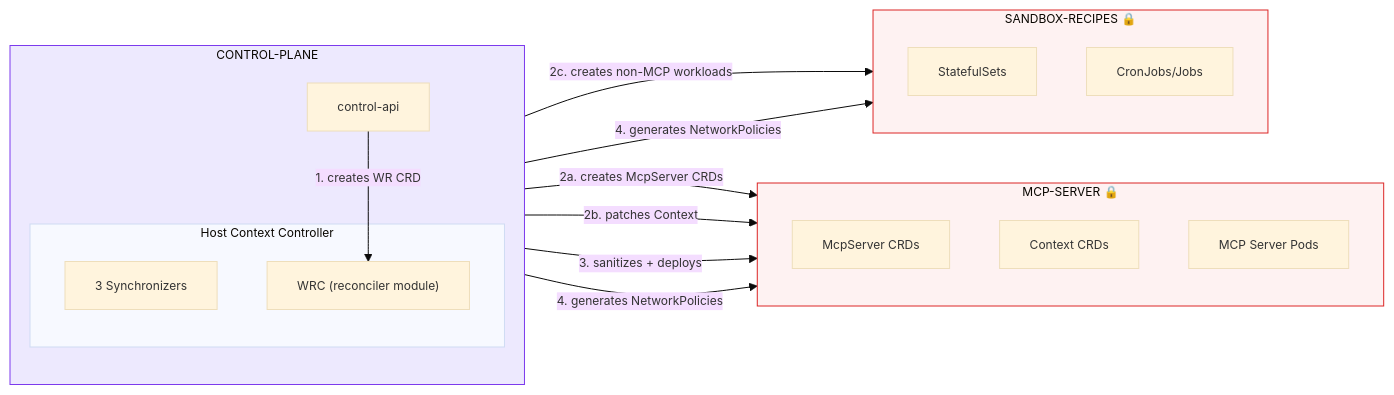
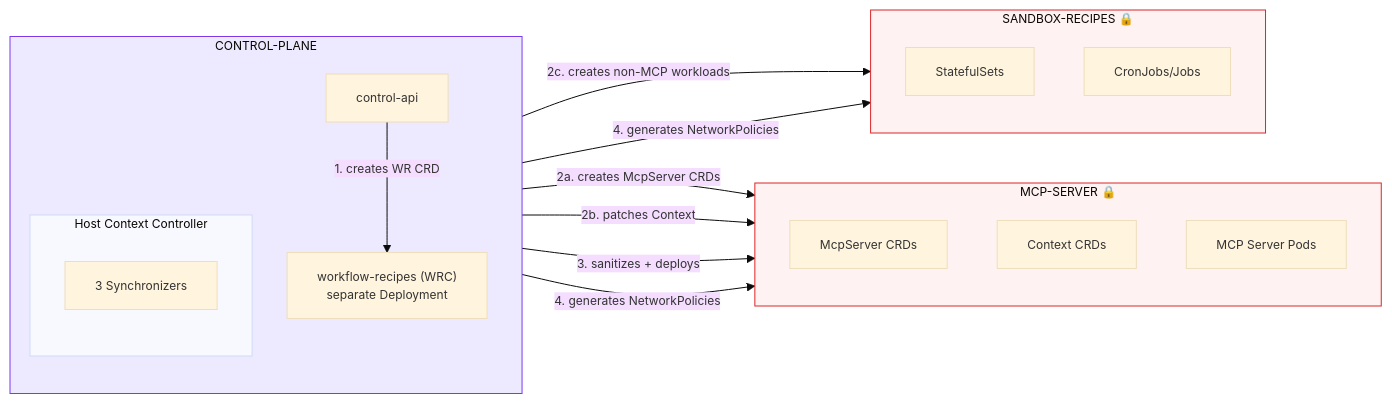
The third of 11 diagrams in docs/architecture/platform-topology.md (evenfire-ai/evenfire), drawn with Mermaid before and after one commit. The commit also changed other lines of this file and 20 other files, not shown here.

````diff
--- a/docs/architecture/platform-topology.md
+++ b/docs/architecture/platform-topology.md
@@ -244,38 +245,38 @@
 ```mermaid
 %%{init: {'theme':'base', 'themeVariables': {'fontSize':'12px'}}}%%
 flowchart LR
     subgraph CP["CONTROL-PLANE"]
         direction TB
         API["control-api"]
         subgraph HCC_BOX2["Host Context Controller"]
             HCC["3 Synchronizers"]
-            WRC["WRC (reconciler module)"]
         end
+        WRC["workflow-recipes (WRC)<br/>separate Deployment"]
     end
 
     subgraph MCP["MCP-SERVER 🔒"]
         direction TB
         CRD_MCS["McpServer CRDs"]
         CRD_CTX["Context CRDs"]
         PODS["MCP Server Pods"]
     end
 
     subgraph SB["SANDBOX-RECIPES 🔒"]
         direction TB
         STS["StatefulSets"]
         JOBS["CronJobs/Jobs"]
     end
 
     API -->|"1. creates WR CRD"| WRC
     WRC -->|"2a. creates McpServer CRDs"| CRD_MCS
     WRC -->|"2b. patches Context"| CRD_CTX
     WRC -->|"2c. creates non-MCP workloads"| SB
     HCC -->|"3. sanitizes + deploys"| PODS
     HCC -->|"4. generates NetworkPolicies"| MCP
     HCC -->|"4. generates NetworkPolicies"| SB
 
     classDef deny fill:#FEF2F2,stroke:#DC2626
     classDef ctrl fill:#EDE9FE,stroke:#7C3AED
     class MCP,SB deny
     class CP ctrl
 ```
````
